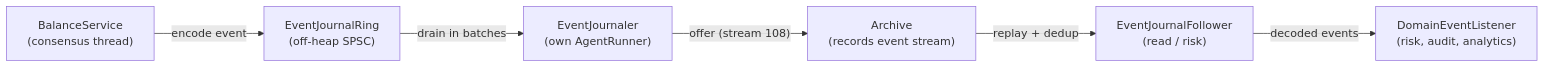
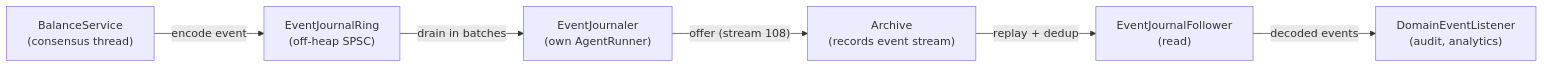
One commit to justrade-io/ledgerd changed the third of 8 diagrams in docs/ARCHITECTURE.md. Above: the diagram before and after it, drawn with Mermaid. The commit also changed other lines of this file and 82 other files, not shown here.

````diff
--- a/docs/ARCHITECTURE.md
+++ b/docs/ARCHITECTURE.md
@@ -480,8 +437,8 @@
 ```mermaid
 flowchart LR
     BS["BalanceService\n(consensus thread)"] -->|" encode event "| RING["EventJournalRing\n(off-heap SPSC)"]
     RING -->|" drain in batches "| EJ["EventJournaler\n(own AgentRunner)"]
     EJ -->|" offer (stream 108) "| AR["Archive\n(records event stream)"]
-    AR -->|" replay + dedup "| FOL["EventJournalFollower\n(read / risk)"]
-    FOL -->|" decoded events "| CONS["DomainEventListener\n(risk, audit, analytics)"]
+    AR -->|" replay + dedup "| FOL["EventJournalFollower\n(read)"]
+    FOL -->|" decoded events "| CONS["DomainEventListener\n(audit, analytics)"]
 ```
````
